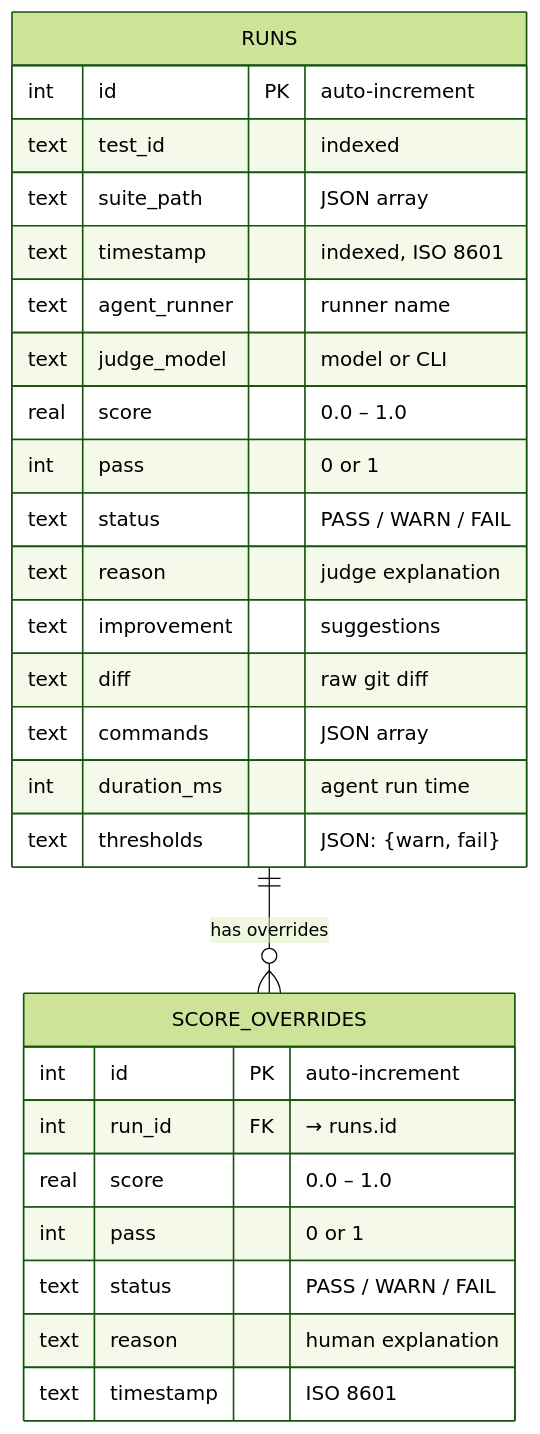
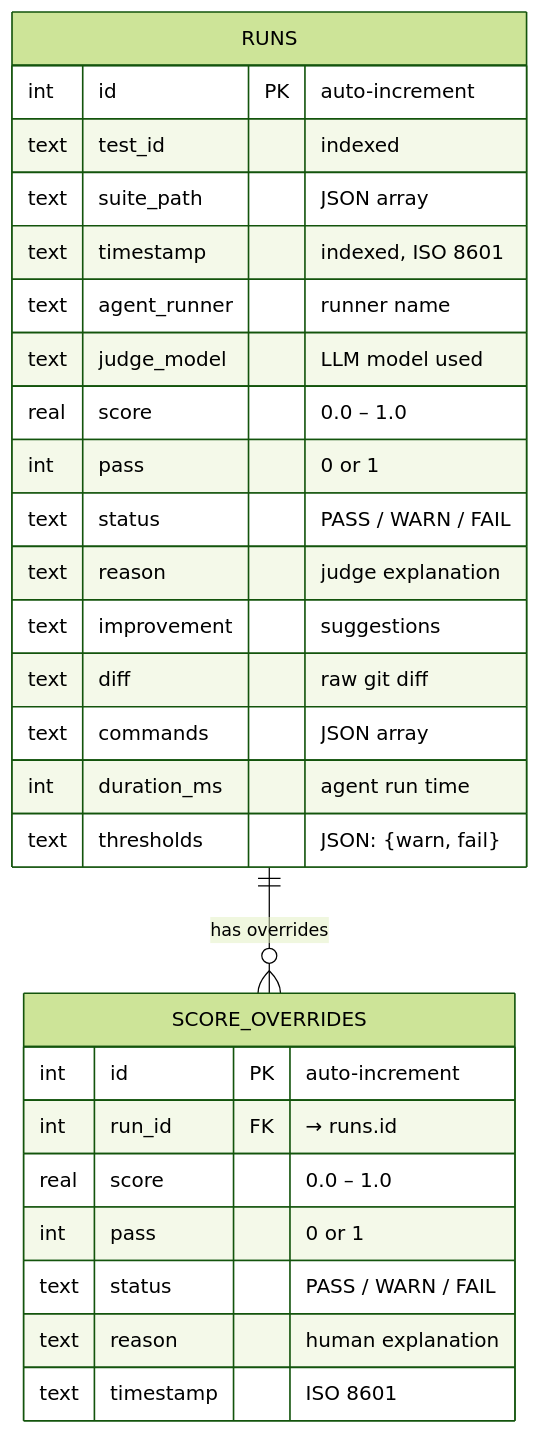
Before and after one commit to Tlahey/agent-eval: the first of 2 diagrams in apps/docs/guide/plugins-ledger.md, drawn with Mermaid (forest theme). The commit also changed 16 other files, not shown here.

First line of the commit message:
refactor(judge): remove CLI judge, keep only LLM API path

````diff
--- a/apps/docs/guide/plugins-ledger.md
+++ b/apps/docs/guide/plugins-ledger.md
@@ -62,30 +62,30 @@
 ```mermaid
 erDiagram
     RUNS {
         int id PK "auto-increment"
         text test_id "indexed"
         text suite_path "JSON array"
         text timestamp "indexed, ISO 8601"
         text agent_runner "runner name"
-        text judge_model "model or CLI"
+        text judge_model "LLM model used"
         real score "0.0 – 1.0"
         int pass "0 or 1"
         text status "PASS / WARN / FAIL"
         text reason "judge explanation"
         text improvement "suggestions"
         text diff "raw git diff"
         text commands "JSON array"
         int duration_ms "agent run time"
         text thresholds "JSON: {warn, fail}"
     }
     SCORE_OVERRIDES {
         int id PK "auto-increment"
         int run_id FK "→ runs.id"
         real score "0.0 – 1.0"
         int pass "0 or 1"
         text status "PASS / WARN / FAIL"
         text reason "human explanation"
         text timestamp "ISO 8601"
     }
     RUNS ||--o{ SCORE_OVERRIDES : "has overrides"
 ```
````
